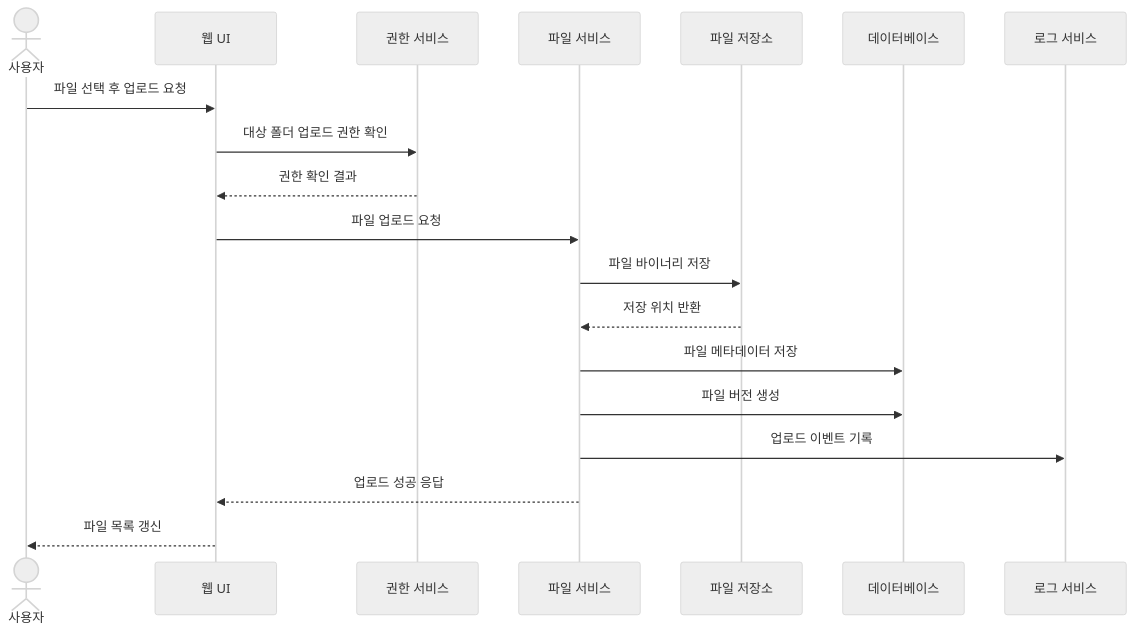
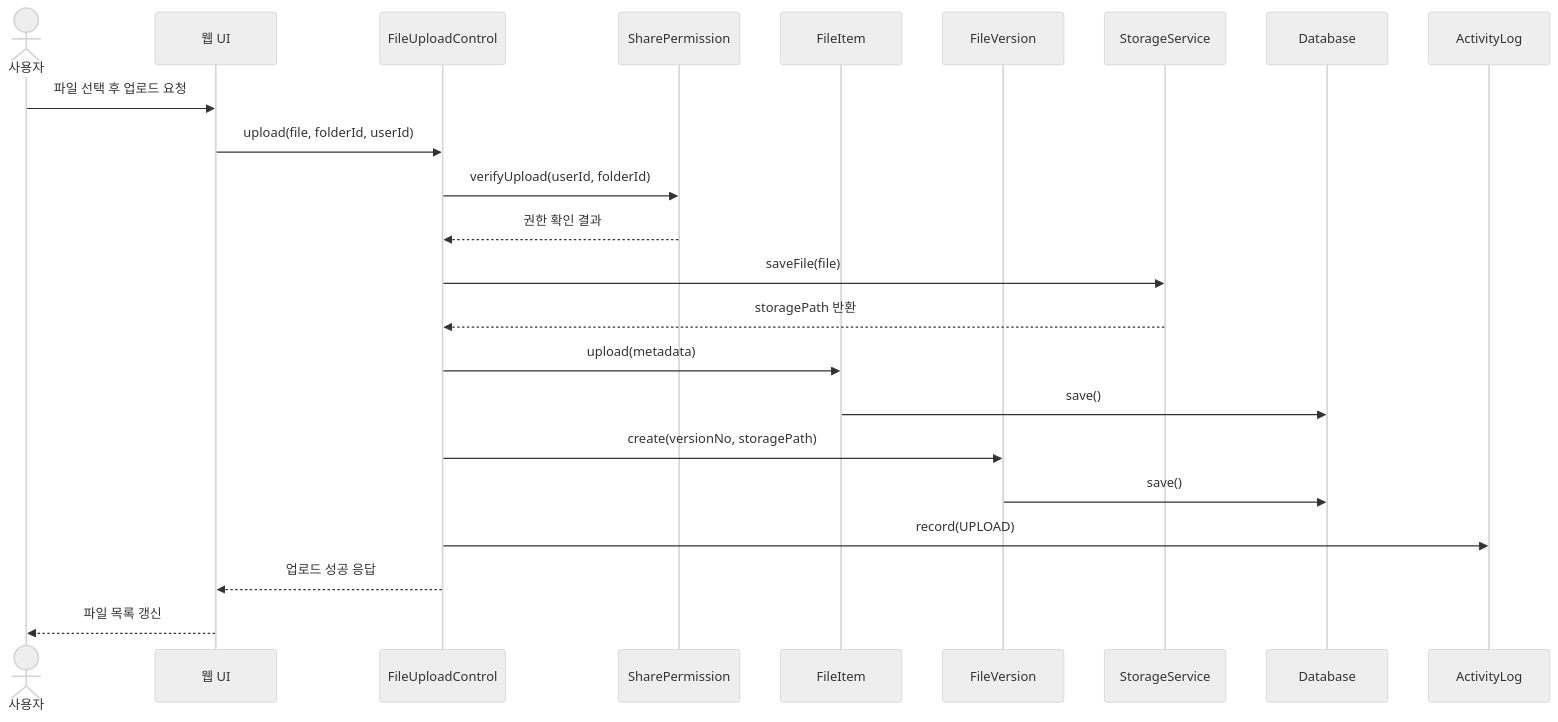
The diagram in doc/diagrams/sequence-upload.mmd (trymimi/se), drawn with Mermaid (neutral theme) before and after one commit. The commit also changed 14 other files, not shown here.

Commit message:
요구사항 분석서: control 클래스 추가 및 다이어그램 정합

```diff
--- a/doc/diagrams/sequence-upload.mmd
+++ b/doc/diagrams/sequence-upload.mmd
@@ -1,20 +1,24 @@
 sequenceDiagram
     actor 사용자
     participant UI as 웹 UI
-    participant Auth as 권한 서비스
-    participant FileSvc as 파일 서비스
-    participant Storage as 파일 저장소
-    participant DB as 데이터베이스
-    participant Log as 로그 서비스
+    participant Ctrl as FileUploadControl
+    participant Perm as SharePermission
+    participant File as FileItem
+    participant Ver as FileVersion
+    participant Storage as StorageService
+    participant DB as Database
+    participant Log as ActivityLog
 
     사용자->>UI: 파일 선택 후 업로드 요청
-    UI->>Auth: 대상 폴더 업로드 권한 확인
-    Auth-->>UI: 권한 확인 결과
-    UI->>FileSvc: 파일 업로드 요청
-    FileSvc->>Storage: 파일 바이너리 저장
-    Storage-->>FileSvc: 저장 위치 반환
-    FileSvc->>DB: 파일 메타데이터 저장
-    FileSvc->>DB: 파일 버전 생성
-    FileSvc->>Log: 업로드 이벤트 기록
-    FileSvc-->>UI: 업로드 성공 응답
+    UI->>Ctrl: upload(file, folderId, userId)
+    Ctrl->>Perm: verifyUpload(userId, folderId)
+    Perm-->>Ctrl: 권한 확인 결과
+    Ctrl->>Storage: saveFile(file)
+    Storage-->>Ctrl: storagePath 반환
+    Ctrl->>File: upload(metadata)
+    File->>DB: save()
+    Ctrl->>Ver: create(versionNo, storagePath)
+    Ver->>DB: save()
+    Ctrl->>Log: record(UPLOAD)
+    Ctrl-->>UI: 업로드 성공 응답
     UI-->>사용자: 파일 목록 갱신
```
